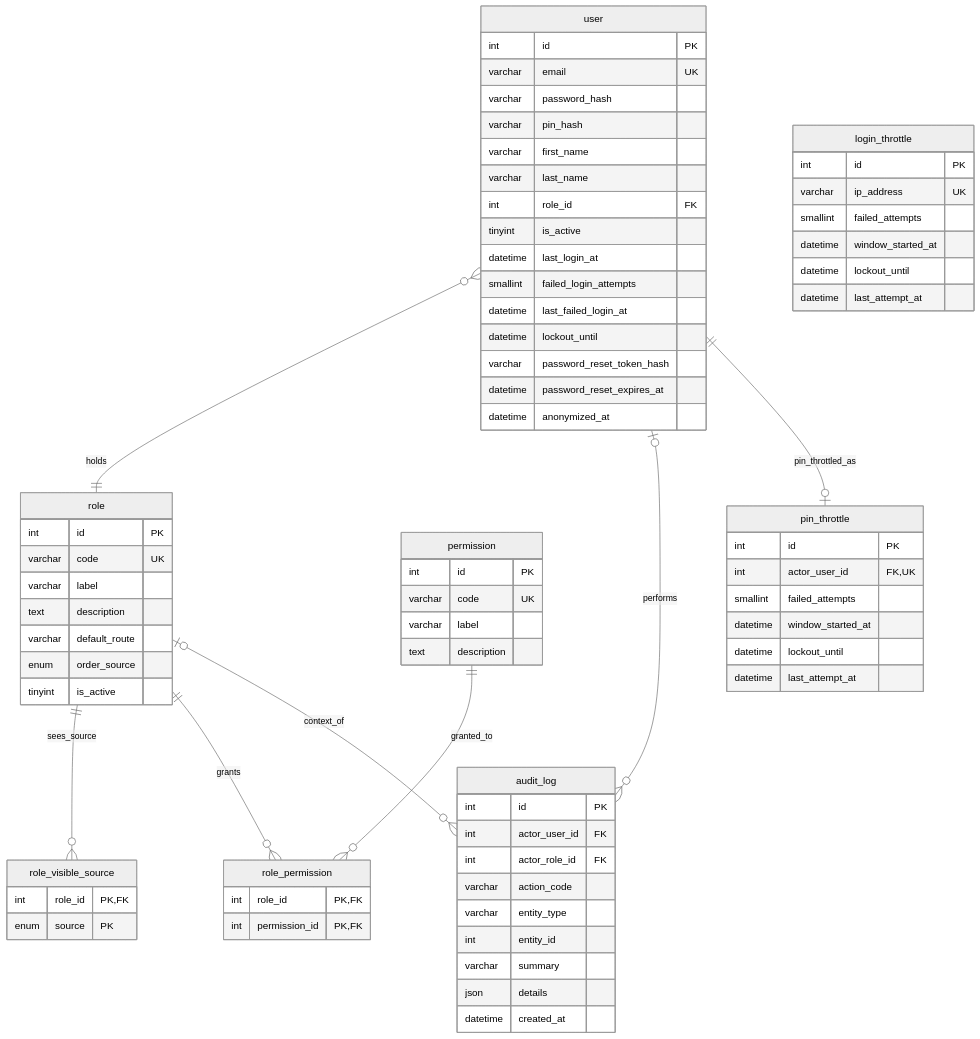
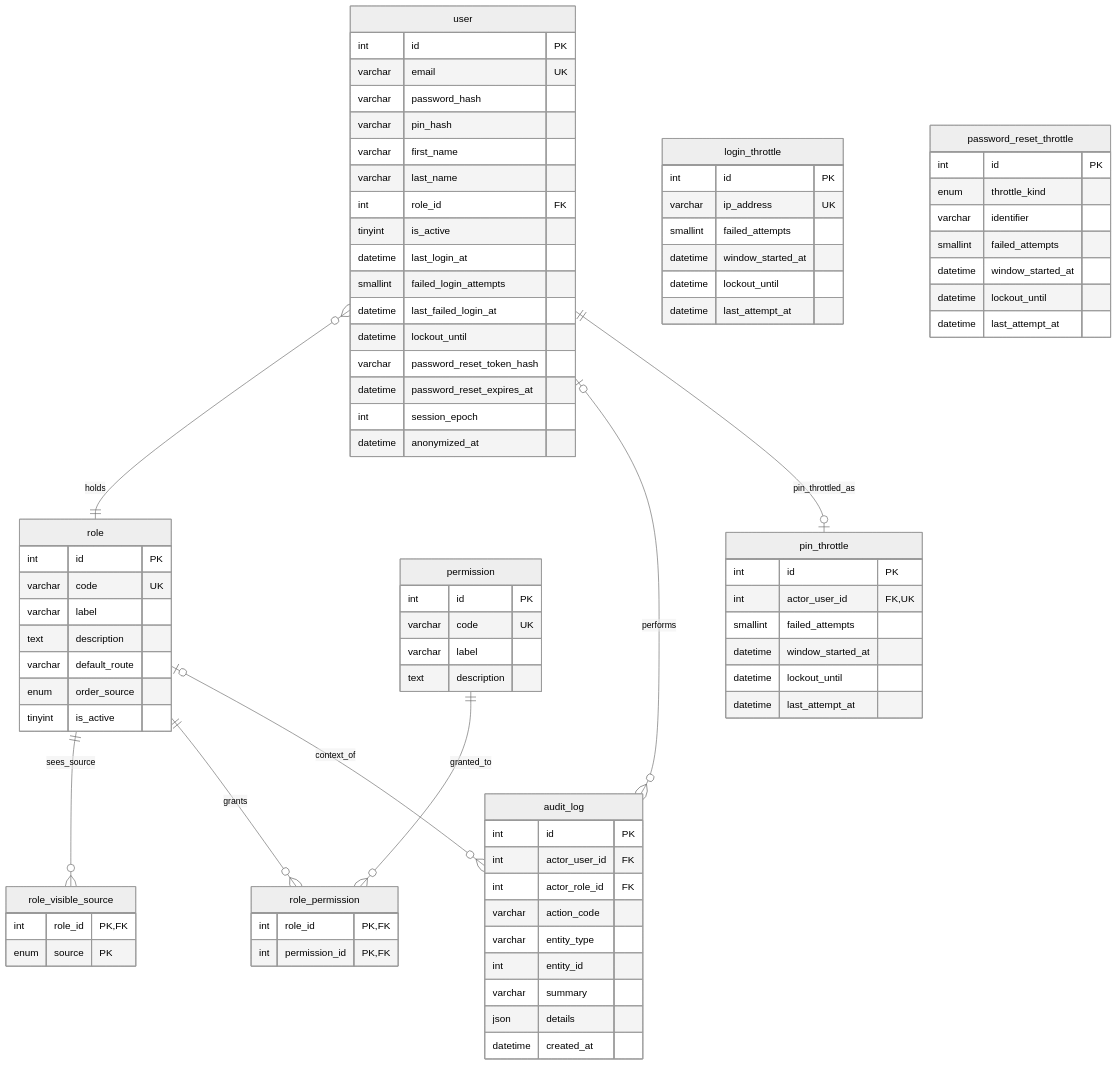
The diagram in docs/merise/_diagrams/mcd-rbac.mmd (AcadeNice/wakdo_corentin), drawn with Mermaid (neutral theme) before and after one commit. The commit also changed 23 other files, not shown here.

```diff
--- a/docs/merise/_diagrams/mcd-rbac.mmd
+++ b/docs/merise/_diagrams/mcd-rbac.mmd
@@ -1,76 +1,86 @@
 erDiagram
     user {
         int id PK
         varchar email UK
         varchar password_hash
         varchar pin_hash
         varchar first_name
         varchar last_name
         int role_id FK
         tinyint is_active
         datetime last_login_at
         smallint failed_login_attempts
         datetime last_failed_login_at
         datetime lockout_until
         varchar password_reset_token_hash
         datetime password_reset_expires_at
+        int session_epoch
         datetime anonymized_at
     }
     role {
         int id PK
         varchar code UK
         varchar label
         text description
         varchar default_route
         enum order_source
         tinyint is_active
     }
     role_visible_source {
         int role_id PK,FK
         enum source PK
     }
     permission {
         int id PK
         varchar code UK
         varchar label
         text description
     }
     role_permission {
         int role_id PK,FK
         int permission_id PK,FK
     }
     audit_log {
         int id PK
         int actor_user_id FK
         int actor_role_id FK
         varchar action_code
         varchar entity_type
         int entity_id
         varchar summary
         json details
         datetime created_at
     }
     login_throttle {
         int id PK
         varchar ip_address UK
         smallint failed_attempts
         datetime window_started_at
         datetime lockout_until
         datetime last_attempt_at
     }
     pin_throttle {
         int id PK
         int actor_user_id FK,UK
         smallint failed_attempts
         datetime window_started_at
         datetime lockout_until
         datetime last_attempt_at
     }
+    password_reset_throttle {
+        int id PK
+        enum throttle_kind
+        varchar identifier
+        smallint failed_attempts
+        datetime window_started_at
+        datetime lockout_until
+        datetime last_attempt_at
+    }
 
     user }o--|| role : "holds"
     role ||--o{ role_visible_source : "sees_source"
     role ||--o{ role_permission : "grants"
     permission ||--o{ role_permission : "granted_to"
     user |o--o{ audit_log : "performs"
     role |o--o{ audit_log : "context_of"
     user ||--o| pin_throttle : "pin_throttled_as"
```
